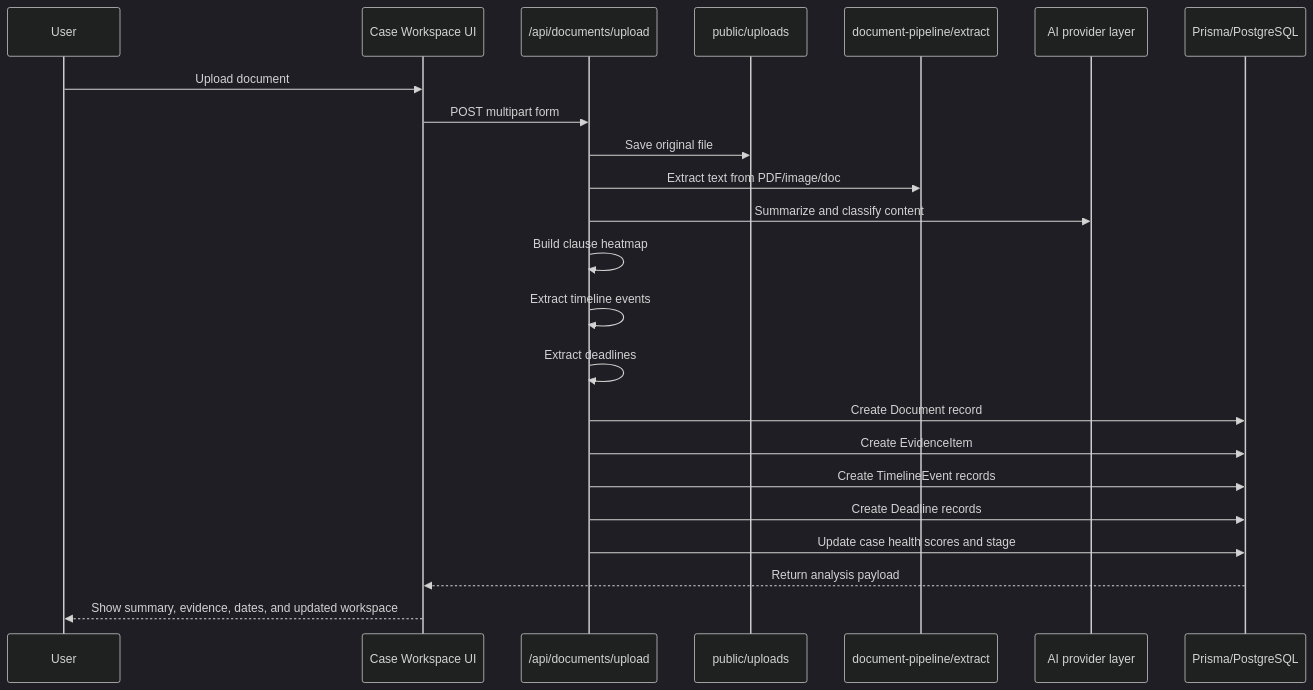
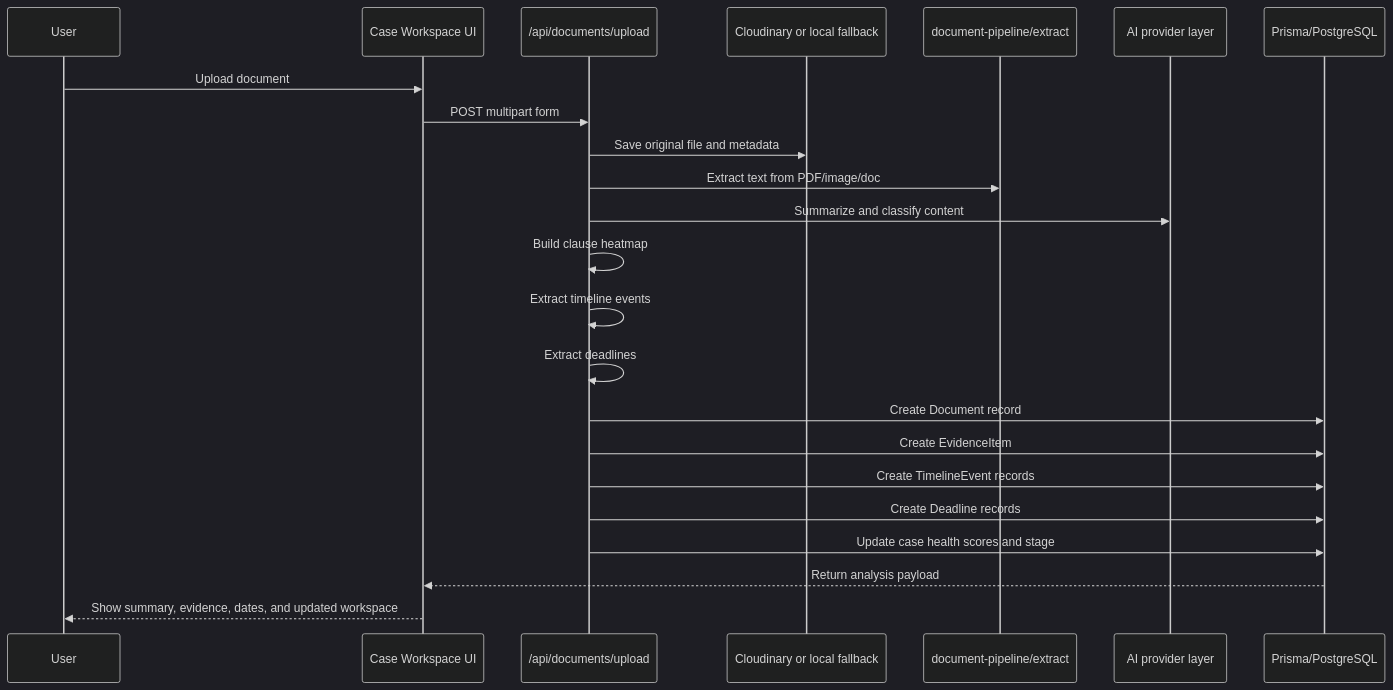
Before and after one commit to Omnicode786/MIZAN-APP: the second of 7 diagrams in README.md, drawn with Mermaid (dark theme). The commit also changed other lines of this file and 4 other files, not shown here.

````diff
--- a/README.md
+++ b/README.md
@@ -282,26 +282,26 @@
 ```mermaid
 sequenceDiagram
     participant User
     participant UI as Case Workspace UI
     participant API as /api/documents/upload
-    participant Storage as public/uploads
+    participant Storage as Cloudinary or local fallback
     participant Extract as document-pipeline/extract
     participant AI as AI provider layer
     participant DB as Prisma/PostgreSQL
 
     User->>UI: Upload document
     UI->>API: POST multipart form
-    API->>Storage: Save original file
+    API->>Storage: Save original file and metadata
     API->>Extract: Extract text from PDF/image/doc
     API->>AI: Summarize and classify content
     API->>API: Build clause heatmap
     API->>API: Extract timeline events
     API->>API: Extract deadlines
     API->>DB: Create Document record
     API->>DB: Create EvidenceItem
     API->>DB: Create TimelineEvent records
     API->>DB: Create Deadline records
     API->>DB: Update case health scores and stage
     DB-->>UI: Return analysis payload
     UI-->>User: Show summary, evidence, dates, and updated workspace
 ```
````
